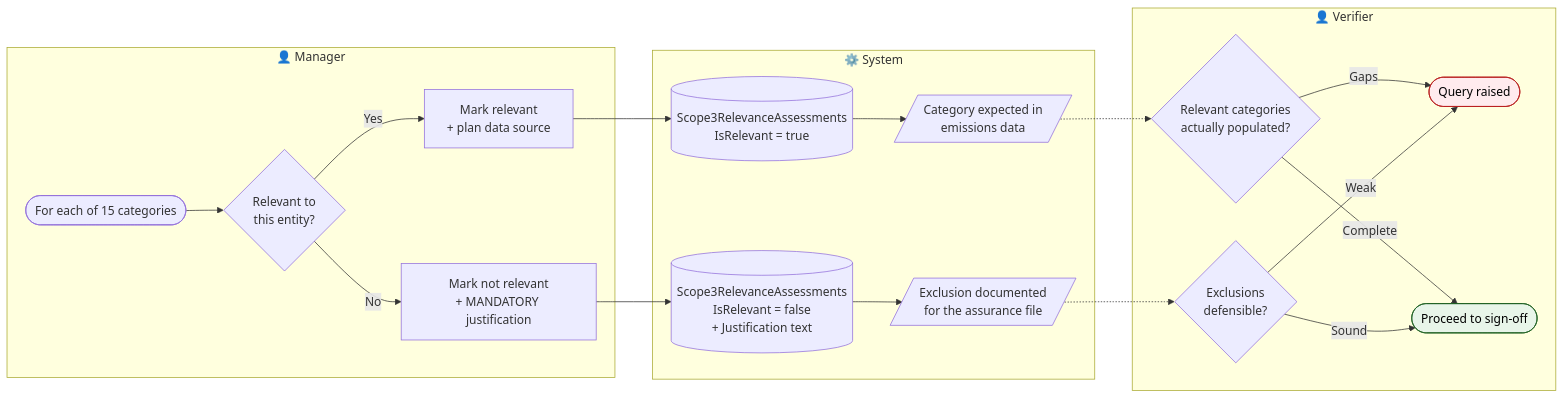
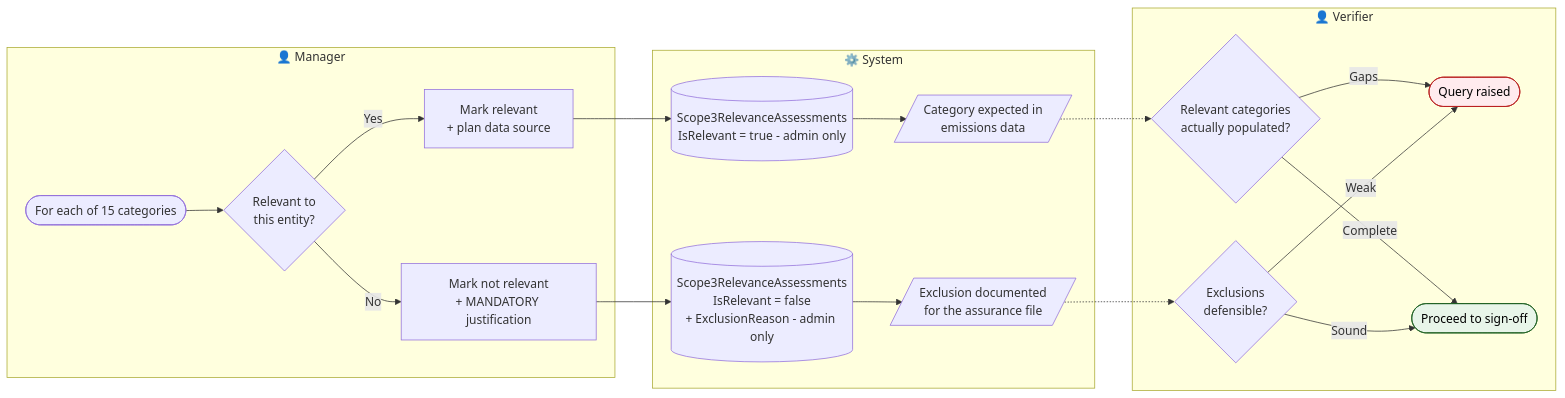
The second of 3 diagrams in docs/diagrams/bpmn/03-inventory-verification.md (Software-Lifecycle-Consultants/SusDevOS-Pro), drawn with Mermaid before and after one commit. The commit also changed other lines of this file and 23 other files, not shown here.

````diff
--- a/docs/diagrams/bpmn/03-inventory-verification.md
+++ b/docs/diagrams/bpmn/03-inventory-verification.md
@@ -73,27 +83,27 @@
 ```mermaid
 flowchart LR
     subgraph A1["👤 Manager"]
         A([For each of 15 categories]) --> B{"Relevant to<br/>this entity?"}
         B -->|"Yes"| C[Mark relevant<br/>+ plan data source]
         B -->|"No"| D[Mark not relevant<br/>+ MANDATORY justification]
     end
 
     subgraph A2["⚙️ System"]
-        C --> E[("Scope3RelevanceAssessments<br/>IsRelevant = true")]
-        D --> F[("Scope3RelevanceAssessments<br/>IsRelevant = false<br/>+ Justification text")]
+        C --> E[("Scope3RelevanceAssessments<br/>IsRelevant = true - admin only")]
+        D --> F[("Scope3RelevanceAssessments<br/>IsRelevant = false<br/>+ ExclusionReason - admin only")]
         E --> G[/"Category expected in<br/>emissions data"/]
         F --> H[/"Exclusion documented<br/>for the assurance file"/]
     end
 
     subgraph A3["👤 Verifier"]
         G -.-> I{"Relevant categories<br/>actually populated?"}
         H -.-> J{"Exclusions<br/>defensible?"}
         I -->|"Gaps"| K([Query raised])
         J -->|"Weak"| K
         I -->|"Complete"| L([Proceed to sign-off])
         J -->|"Sound"| L
     end
 
     style K fill:#ffebee,stroke:#b71c1c,color:#000
     style L fill:#e8f5e9,stroke:#1b5e20,color:#000
 ```
````
